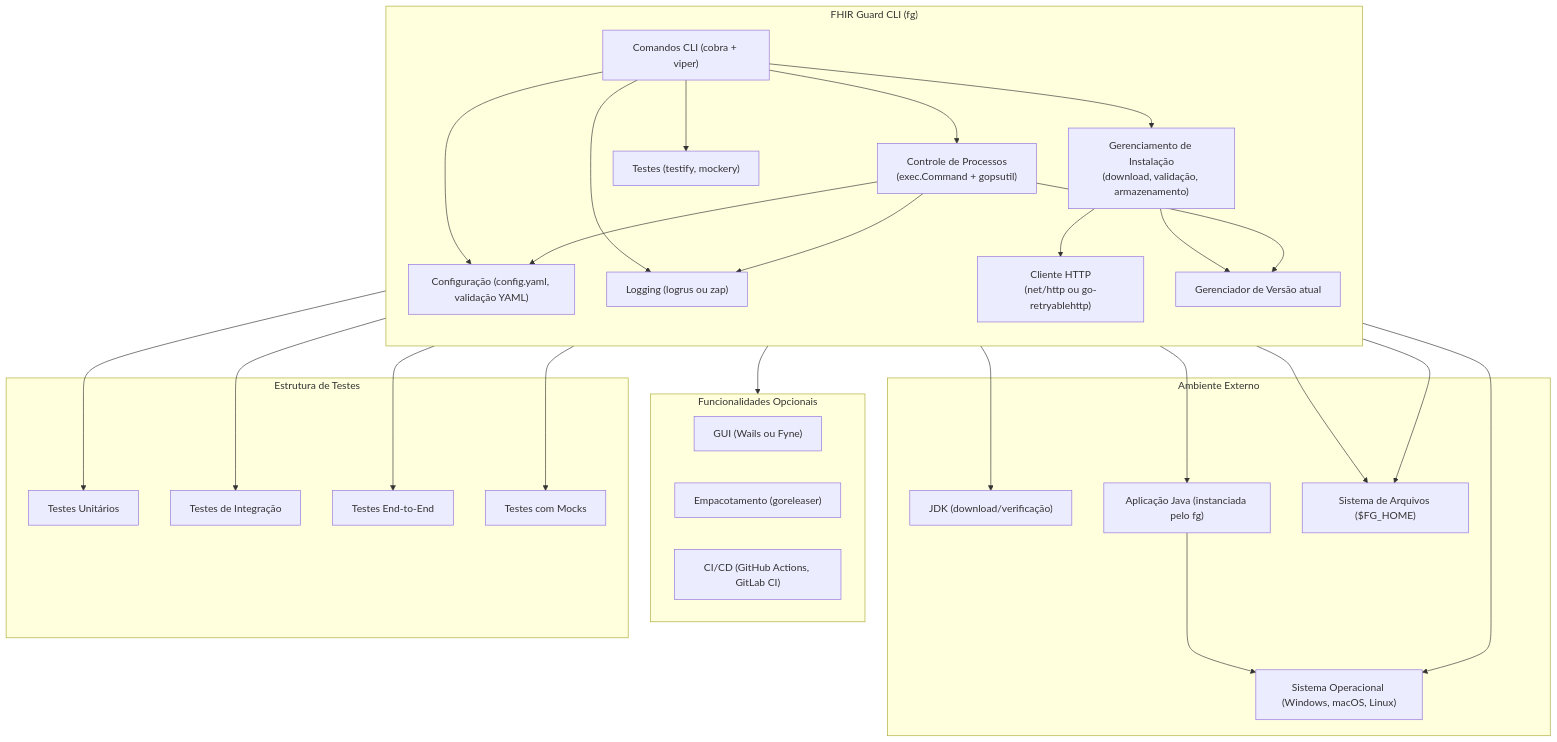
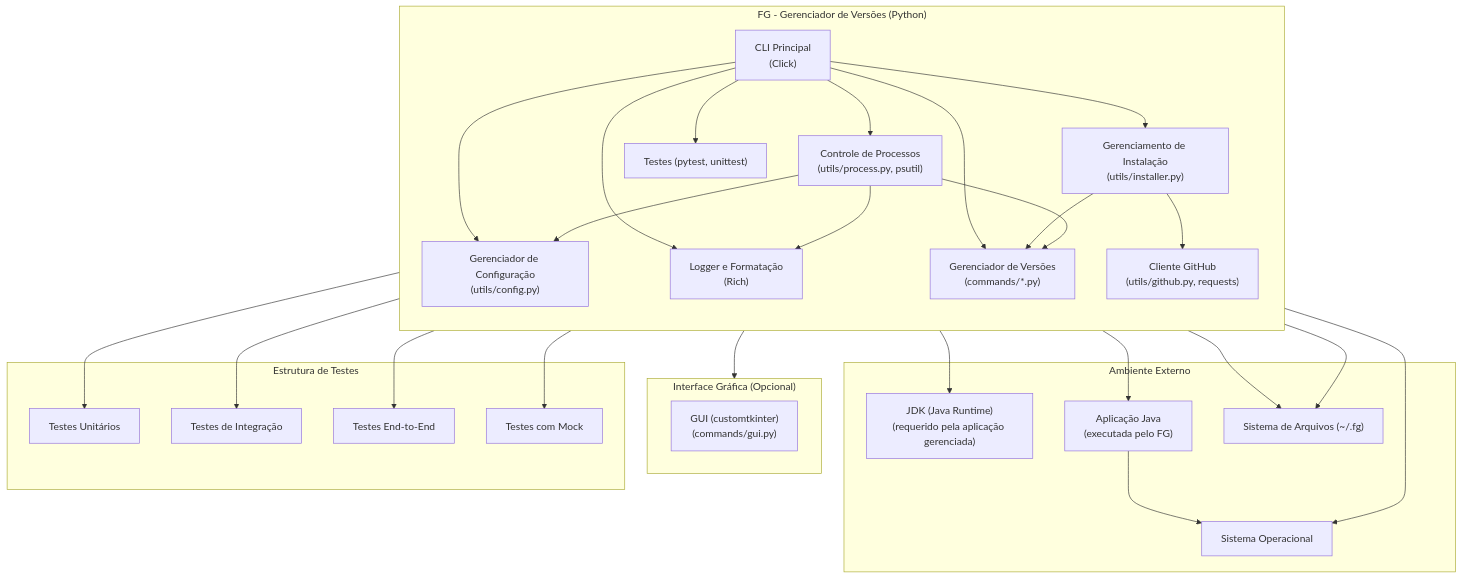
Before and after one commit to douglasedurocha/fg: the diagram in README.md, drawn with Mermaid. The commit also changed other lines of this file, not shown here.

````diff
--- a/README.md
+++ b/README.md
@@ -33,61 +17,60 @@
 ```mermaid
 flowchart TD
-  subgraph CLI_App["FHIR Guard CLI (fg)"]
+  subgraph FG_CLI["FG - Gerenciador de Versões (Python)"]
     direction TB
 
-    CLI["Comandos CLI (cobra + viper)"]
-    Config["Configuração (config.yaml, validação YAML)"]
-    Installer["Gerenciamento de Instalação<br>(download, validação, armazenamento)"]
-    ProcessManager["Controle de Processos<br>(exec.Command + gopsutil)"]
-    Network["Cliente HTTP<br>(net/http ou go-retryablehttp)"]
-    Logger["Logging (logrus ou zap)"]
-    VersionMgr["Gerenciador de Versão atual"]
-    Tests["Testes (testify, mockery)"]
+    Entry["CLI Principal<br>(Click)"]
+    Config["Gerenciador de Configuração<br>(utils/config.py)"]
+    Installer["Gerenciamento de Instalação<br>(utils/installer.py)"]
+    ProcessManager["Controle de Processos<br>(utils/process.py, psutil)"]
+    GitHubClient["Cliente GitHub<br>(utils/github.py, requests)"]
+    Logger["Logger e Formatação<br>(Rich)"]
+    VersionMgr["Gerenciador de Versões<br>(commands/*.py)"]
+    Tests["Testes (pytest, unittest)"]
 
-    CLI --> Config
-    CLI --> Installer
-    CLI --> ProcessManager
-    CLI --> Logger
-    Installer --> Network
+    Entry --> Config
+    Entry --> Installer
+    Entry --> ProcessManager
+    Entry --> Logger
+    Entry --> VersionMgr
+    Installer --> GitHubClient
     Installer --> VersionMgr
     ProcessManager --> Config
     ProcessManager --> Logger
     ProcessManager --> VersionMgr
-    CLI --> Tests
+    Entry --> Tests
   end
 
-  subgraph Optional_Features["Funcionalidades Opcionais"]
-    GUI["GUI (Wails ou Fyne)"]
-    Packaging["Empacotamento (goreleaser)"]
-    CICD["CI/CD (GitHub Actions, GitLab CI)"]
+  subgraph GUI_Module["Interface Gráfica (Opcional)"]
+    GUI["GUI (customtkinter)<br>(commands/gui.py)"]
   end
 
-  CLI_App --> Optional_Features
+  FG_CLI --> GUI_Module
 
   subgraph External["Ambiente Externo"]
-    JDK["JDK (download/verificação)"]
-    JavaApp["Aplicação Java (instanciada pelo fg)"]
-    OS["Sistema Operacional (Windows, macOS, Linux)"]
-    FileSystem["Sistema de Arquivos ($FG_HOME)"]
+    JDK["JDK (Java Runtime)<br>(requerido pela aplicação gerenciada)"]
+    JavaApp["Aplicação Java<br>(executada pelo FG)"]
+    OS["Sistema Operacional"]
+    FileSystem["Sistema de Arquivos (~/.fg)"]
   end
 
   Installer --> FileSystem
   ProcessManager --> JavaApp
   ProcessManager --> OS
   Config --> FileSystem
   Installer --> JDK
   JavaApp --> OS
 
-  %% Testes detalhados
+  %% Estrutura de Testes Detalhada
   subgraph Testing["Estrutura de Testes"]
     UnitTests["Testes Unitários"]
     IntegrationTests["Testes de Integração"]
     E2ETests["Testes End-to-End"]
-    MockTests["Testes com Mocks"]
+    MockTests["Testes com Mock"]
   end
 
   Tests --> UnitTests
   Tests --> IntegrationTests
   Tests --> E2ETests
   Tests --> MockTests
 ```
````
